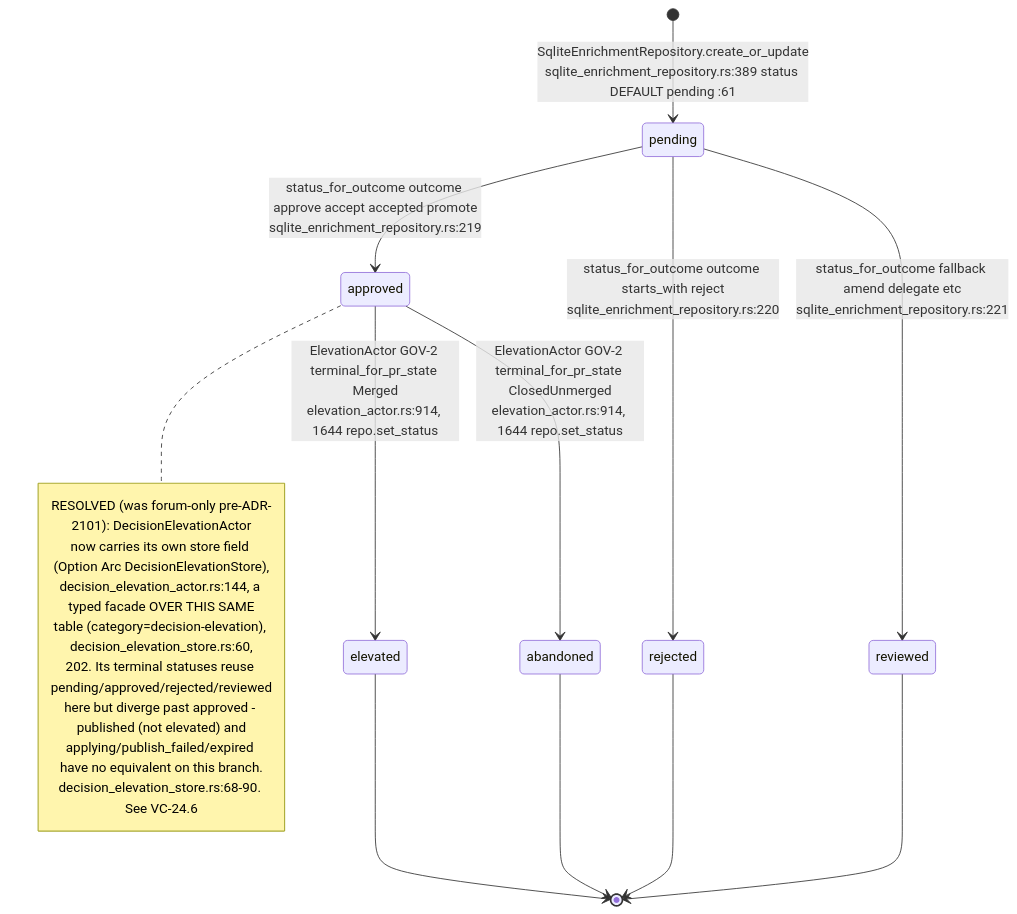
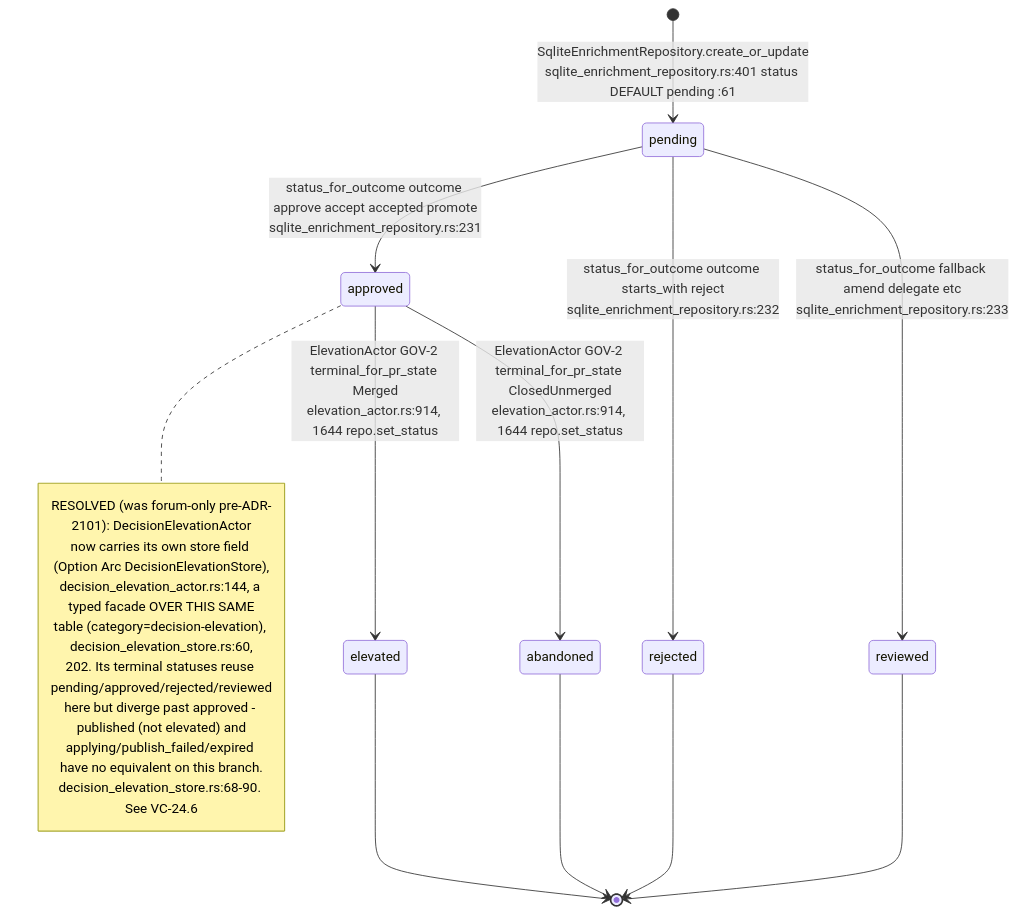
Before and after one commit to DreamLab-AI/VisionFlow: the first of 12 diagrams in docs/diagrams/visionclaw/24-acsp-decision-elevation.md, drawn with Mermaid. The commit also changed other lines of this file and 160 other files, not shown here.

````diff
--- a/docs/diagrams/visionclaw/24-acsp-decision-elevation.md
+++ b/docs/diagrams/visionclaw/24-acsp-decision-elevation.md
@@ -40,23 +44,23 @@
 ```mermaid
 stateDiagram-v2
-    [*] --> pending: SqliteEnrichmentRepository.create_or_update<br/>sqlite_enrichment_repository.rs:389 status DEFAULT pending :61
-    pending --> approved: status_for_outcome outcome approve accept accepted promote<br/>sqlite_enrichment_repository.rs:219
-    pending --> rejected: status_for_outcome outcome starts_with reject<br/>sqlite_enrichment_repository.rs:220
-    pending --> reviewed: status_for_outcome fallback amend delegate etc<br/>sqlite_enrichment_repository.rs:221
+    [*] --> pending: SqliteEnrichmentRepository.create_or_update<br/>sqlite_enrichment_repository.rs:401 status DEFAULT pending :61
+    pending --> approved: status_for_outcome outcome approve accept accepted promote<br/>sqlite_enrichment_repository.rs:231
+    pending --> rejected: status_for_outcome outcome starts_with reject<br/>sqlite_enrichment_repository.rs:232
+    pending --> reviewed: status_for_outcome fallback amend delegate etc<br/>sqlite_enrichment_repository.rs:233
     approved --> elevated: ElevationActor GOV-2 terminal_for_pr_state Merged<br/>elevation_actor.rs:914, 1644 repo.set_status
     approved --> abandoned: ElevationActor GOV-2 terminal_for_pr_state ClosedUnmerged<br/>elevation_actor.rs:914, 1644 repo.set_status
     elevated --> [*]
     abandoned --> [*]
     rejected --> [*]
     reviewed --> [*]
     note right of approved
       RESOLVED (was forum-only pre-ADR-2101): DecisionElevationActor
       now carries its own store field (Option Arc DecisionElevationStore),
       decision_elevation_actor.rs:144, a typed facade OVER THIS SAME
       table (category=decision-elevation), decision_elevation_store.rs:60,
       202. Its terminal statuses reuse pending/approved/rejected/reviewed
       here but diverge past approved - published (not elevated) and
       applying/publish_failed/expired have no equivalent on this branch.
       decision_elevation_store.rs:68-90. See VC-24.6
     end note
 ```
````
